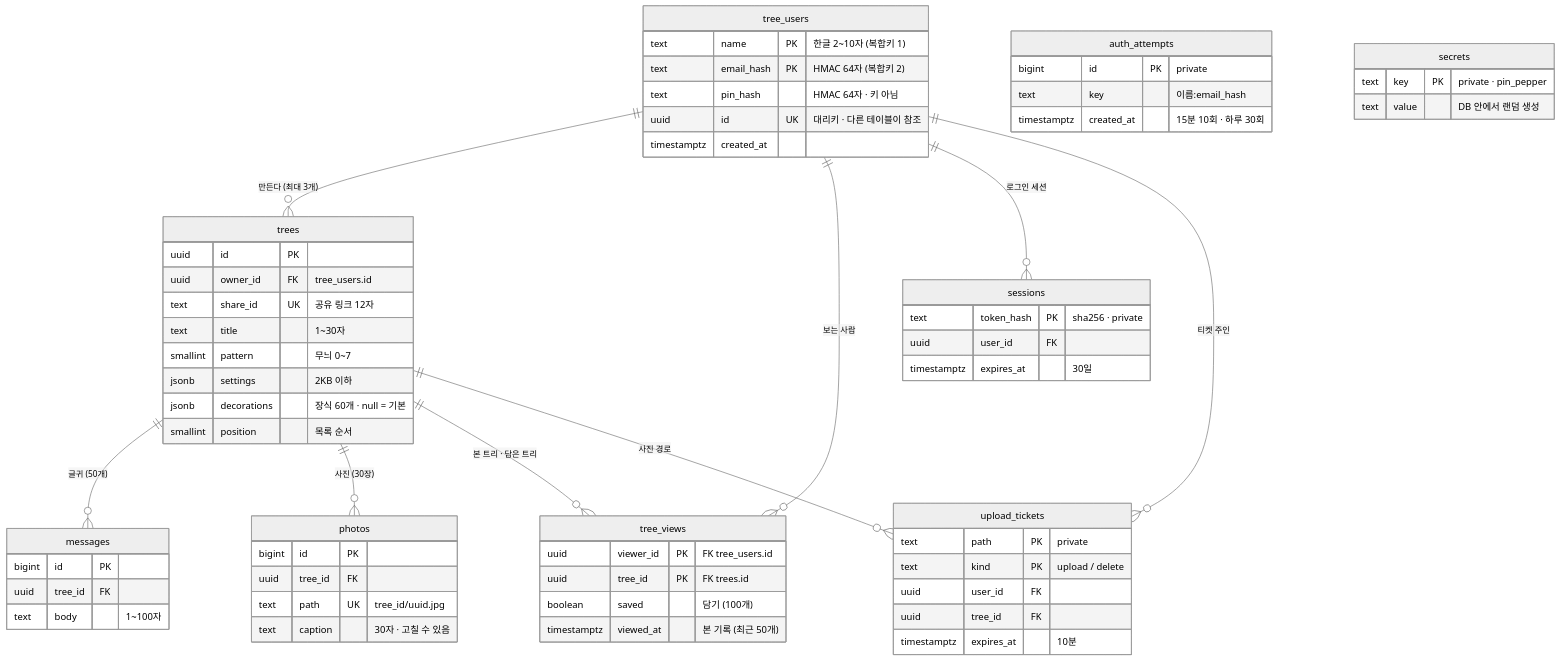
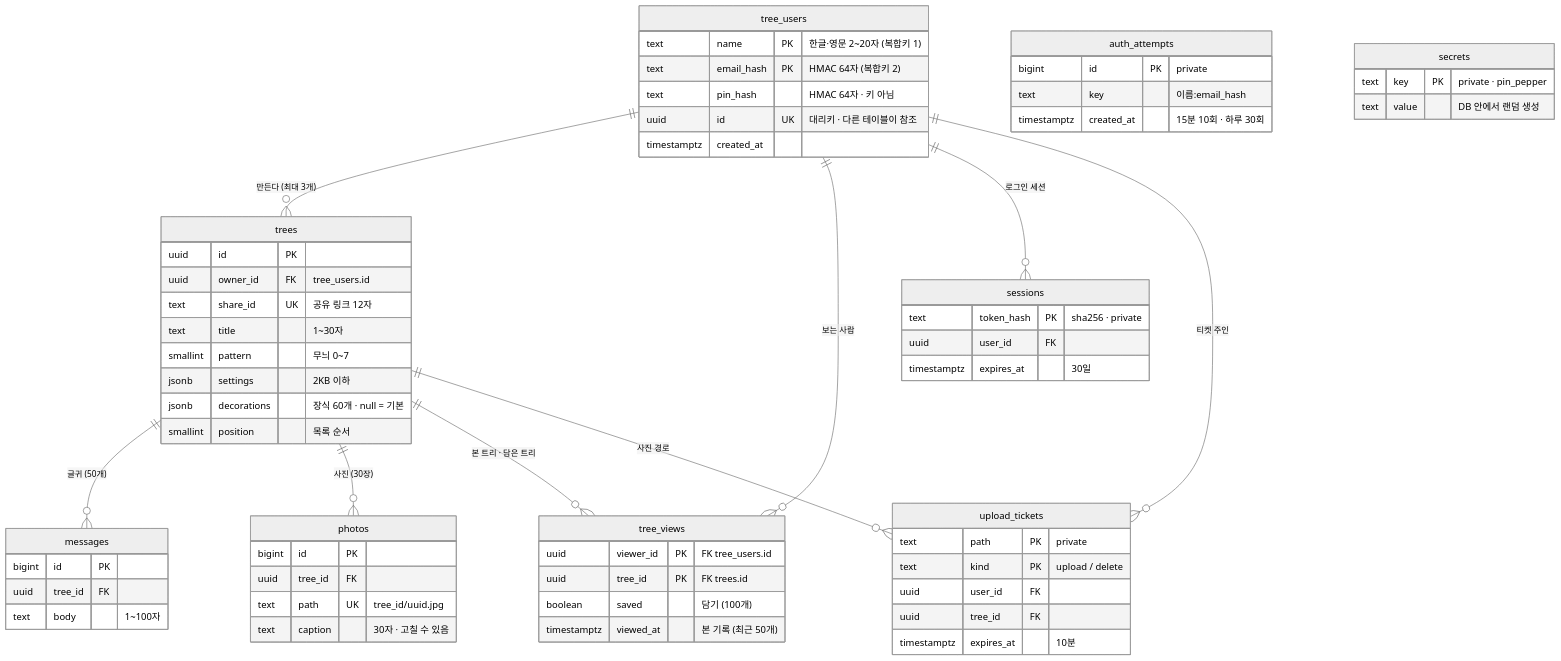
The first of 3 diagrams in docs/DATABASE.md (dae-won-kim/code-christmas-tree), drawn with Mermaid (neutral theme) before and after one commit. The commit also changed other lines of this file and 7 other files, not shown here.

````diff
--- a/docs/DATABASE.md
+++ b/docs/DATABASE.md
@@ -17,67 +18,67 @@
 ```mermaid
 erDiagram
   tree_users ||--o{ trees : "만든다 (최대 3개)"
   trees ||--o{ messages : "글귀 (50개)"
   trees ||--o{ photos : "사진 (30장)"
   tree_users ||--o{ tree_views : "보는 사람"
   trees ||--o{ tree_views : "본 트리 · 담은 트리"
   tree_users ||--o{ sessions : "로그인 세션"
   tree_users ||--o{ upload_tickets : "티켓 주인"
   trees ||--o{ upload_tickets : "사진 경로"
 
   tree_users {
-    text name PK "한글 2~10자 (복합키 1)"
+    text name PK "한글·영문 2~20자 (복합키 1)"
     text email_hash PK "HMAC 64자 (복합키 2)"
     text pin_hash "HMAC 64자 · 키 아님"
     uuid id UK "대리키 · 다른 테이블이 참조"
     timestamptz created_at
   }
   trees {
     uuid id PK
     uuid owner_id FK "tree_users.id"
     text share_id UK "공유 링크 12자"
     text title "1~30자"
     smallint pattern "무늬 0~7"
     jsonb settings "2KB 이하"
     jsonb decorations "장식 60개 · null = 기본"
     smallint position "목록 순서"
   }
   messages {
     bigint id PK
     uuid tree_id FK
     text body "1~100자"
   }
   photos {
     bigint id PK
     uuid tree_id FK
     text path UK "tree_id/uuid.jpg"
     text caption "30자 · 고칠 수 있음"
   }
   tree_views {
     uuid viewer_id PK "FK tree_users.id"
     uuid tree_id PK "FK trees.id"
     boolean saved "담기 (100개)"
     timestamptz viewed_at "본 기록 (최근 50개)"
   }
   sessions {
     text token_hash PK "sha256 · private"
     uuid user_id FK
     timestamptz expires_at "30일"
   }
   upload_tickets {
     text path PK "private"
     text kind PK "upload / delete"
     uuid user_id FK
     uuid tree_id FK
     timestamptz expires_at "10분"
   }
   auth_attempts {
     bigint id PK "private"
     text key "이름:email_hash"
     timestamptz created_at "15분 10회 · 하루 30회"
   }
   secrets {
     text key PK "private · pin_pepper"
     text value "DB 안에서 랜덤 생성"
   }
 ```
````
